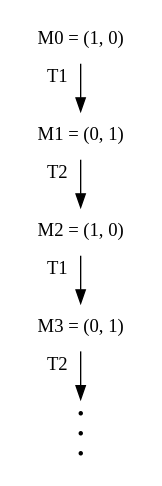
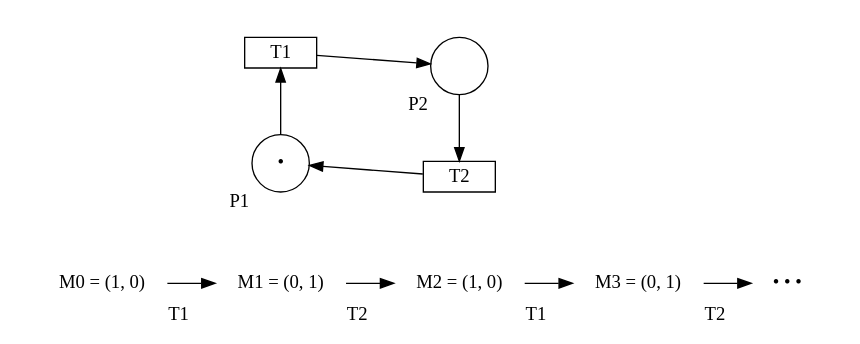
Before and after one commit to hlisdero/thesis: the diagram in dot/reachability-tree-bounded-net-counterexample.dot, drawn with Graphviz. The commit also changed 6 other files, not shown here.

```diff
--- a/dot/reachability-tree-bounded-net-counterexample.dot
+++ b/dot/reachability-tree-bounded-net-counterexample.dot
@@ -1,13 +1,39 @@
-digraph reachability_tree {
-    nodesep=1.5;
-    M0 [shape="plaintext" label="M0 = (1, 0)"];
-    M1 [shape="plaintext" label="M1 = (0, 1)"];
-    M2 [shape="plaintext" label="M2 = (1, 0)"];
-    M3 [shape="plaintext" label="M3 = (0, 1)"];
-    M4 [shape="plaintext" label="•\n•\n•\n"];
- 
-    M0 -> M1 [xlabel="T1  "];
-    M1 -> M2 [xlabel="T2  "];
-    M2 -> M3 [xlabel="T1  "];
-    M3 -> M4 [xlabel="T2  "];
+digraph petrinet {
+    nodesep=0.7;
+    rankdir="LR";
+
+    subgraph cluster_0 {
+        style="invis";
+        P1 [width=0.6 shape="circle" xlabel="P1" label="•"];
+        P2 [width=0.6 shape="circle" xlabel="P2" label=""];
+
+        T1 [height=0.1 shape="box" xlabel="" label="T1"];
+        T2 [height=0.1 shape="box" xlabel="" label="T2"];
+
+        // Loop
+        P1 -> T1 [weight=0.5];
+        T1 -> P2;
+        P2 -> T2 [weight=0.5];
+        T2 -> P1;
+        
+        // Order the nodes in 2 different levels
+        {rank = min; P1; T1;}
+        {rank = same; T2; P2;}
+    }
+
+    subgraph cluster_1 {
+        style="invis";
+        M0 [shape="plaintext" label="M0 = (1, 0)"];
+        M1 [shape="plaintext" label="M1 = (0, 1)"];
+        M2 [shape="plaintext" label="M2 = (1, 0)"];
+        M3 [shape="plaintext" label="M3 = (0, 1)"];
+        M4 [shape="plaintext" label="• • •"];
+    
+        M0 -> M1 [xlabel="\nT1"];
+        M1 -> M2 [xlabel="\nT2"];
+        M2 -> M3 [xlabel="\nT1"];
+        M3 -> M4 [xlabel="\nT2"];
+    }
+
+    P1 -> M2 [style="invis"];
 }
```
